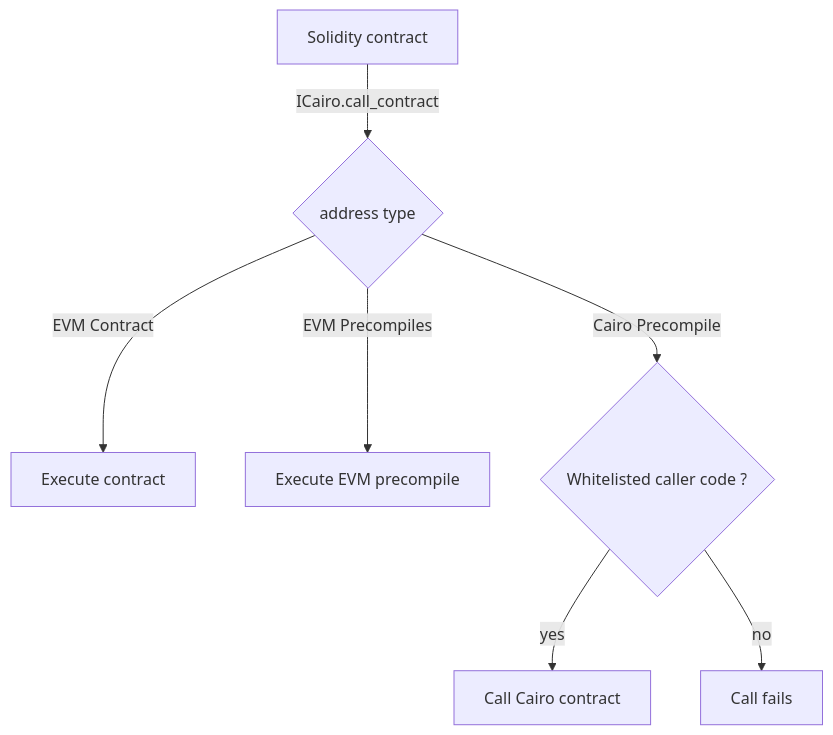
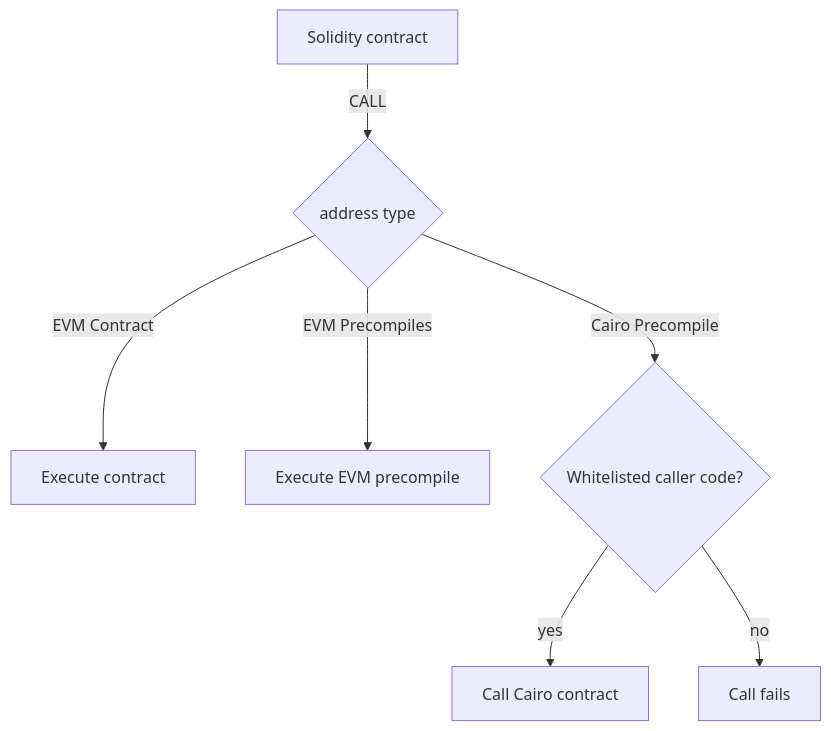
One commit to kkrt-labs/kakarot changed the diagram in docs/general/cairo_precompiles.md. Above: the diagram before and after it, drawn with Mermaid. The commit also changed other lines of this file, not shown here.

````diff
--- a/docs/general/cairo_precompiles.md
+++ b/docs/general/cairo_precompiles.md
@@ -39,10 +39,10 @@
 ```mermaid
 flowchart TD
-    A[Solidity contract] -->|ICairo.call_contract| B
+    A[Solidity contract] -->|CALL| B
     B{address type}
     B -->|EVM Contract| D[Execute contract]
     B -->|EVM Precompiles| E[Execute EVM precompile]
-    B -->|Cairo Precompile| F{Whitelisted caller code ?}
+    B -->|Cairo Precompile| F{Whitelisted caller code?}
     F --> |yes| G[Call Cairo contract]
     F --> |no| H[Call fails]
 ```
````
